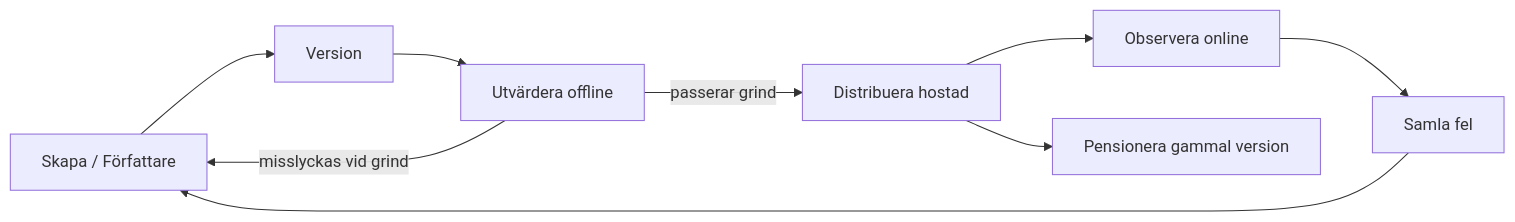
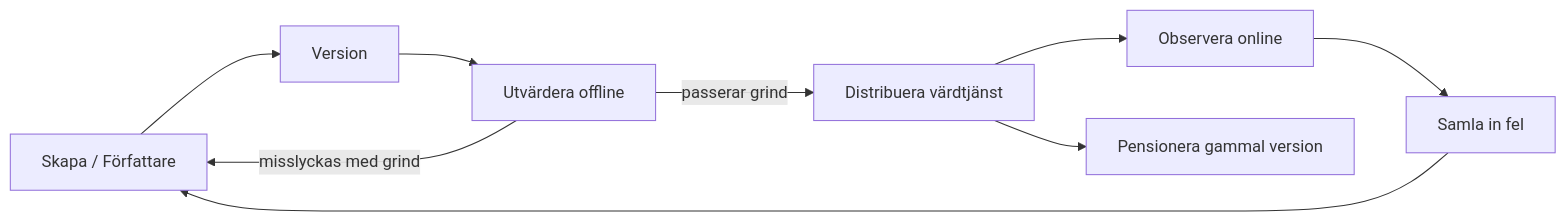
One commit to microsoft/ai-agents-for-beginners changed the second of 4 diagrams in translations/sv/16-deploying-scalable-agents/README.md. Above: the diagram before and after it, drawn with Mermaid. The commit also changed other lines of this file and 46 other files, not shown here.

````diff
--- a/translations/sv/16-deploying-scalable-agents/README.md
+++ b/translations/sv/16-deploying-scalable-agents/README.md
@@ -108,11 +108,11 @@
 ```mermaid
 flowchart LR
     Create[Skapa / Författare] --> Version[Version]
     Version --> Evaluate[Utvärdera offline]
-    Evaluate -->|passerar grind| Deploy[Distribuera hostad]
-    Evaluate -->|misslyckas vid grind| Create
+    Evaluate -->|passerar grind| Deploy[Distribuera värdtjänst]
+    Evaluate -->|misslyckas med grind| Create
     Deploy --> Observe[Observera online]
-    Observe --> Improve[Samla fel]
+    Observe --> Improve[Samla in fel]
     Improve --> Create
     Deploy --> Retire[Pensionera gammal version]
 ```
````
